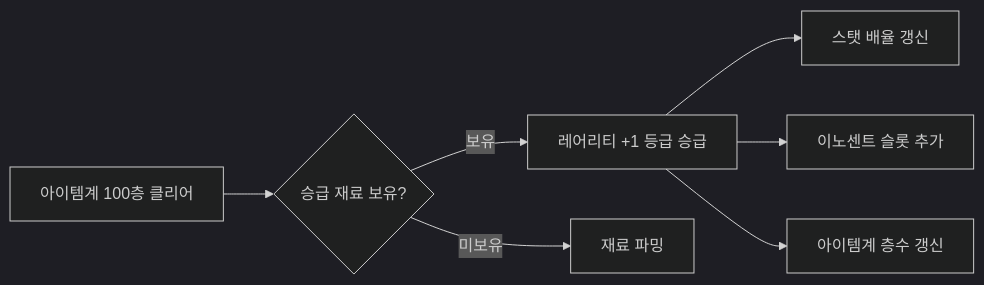
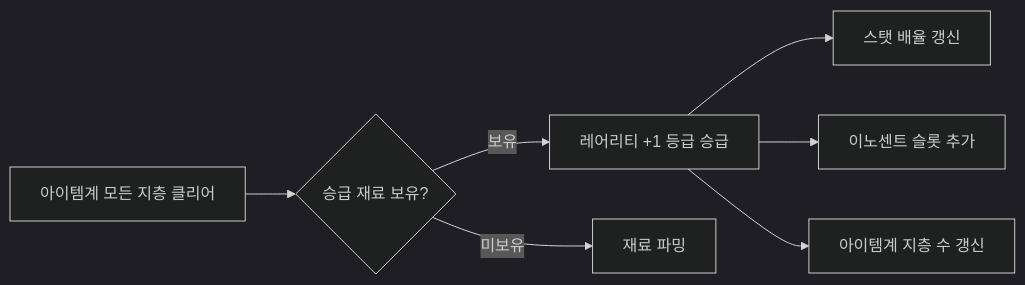
Before and after one commit to Biskraft/ProjectAbyss: the second of 2 diagrams in Documents/System/System_Equipment_Rarity.md, drawn with Mermaid (dark theme). The commit also changed other lines of this file and 4 other files, not shown here.

First line of the commit message:
docs: rewrite Item World system to Memory Strata architecture

````diff
--- a/Documents/System/System_Equipment_Rarity.md
+++ b/Documents/System/System_Equipment_Rarity.md
@@ -183,9 +183,9 @@
 ```mermaid
 graph LR
-    FLOOR100[아이템계 100층 클리어] --> CHECK{승급 재료 보유?}
+    FLOOR100[아이템계 모든 지층 클리어] --> CHECK{승급 재료 보유?}
     CHECK -->|보유| UPGRADE[레어리티 +1 등급 승급]
     CHECK -->|미보유| FARM[재료 파밍]
     UPGRADE --> STATUP[스탯 배율 갱신]
     UPGRADE --> SLOTUP[이노센트 슬롯 추가]
-    UPGRADE --> DEPTHUP[아이템계 층수 갱신]
+    UPGRADE --> DEPTHUP[아이템계 지층 수 갱신]
 ```
````
